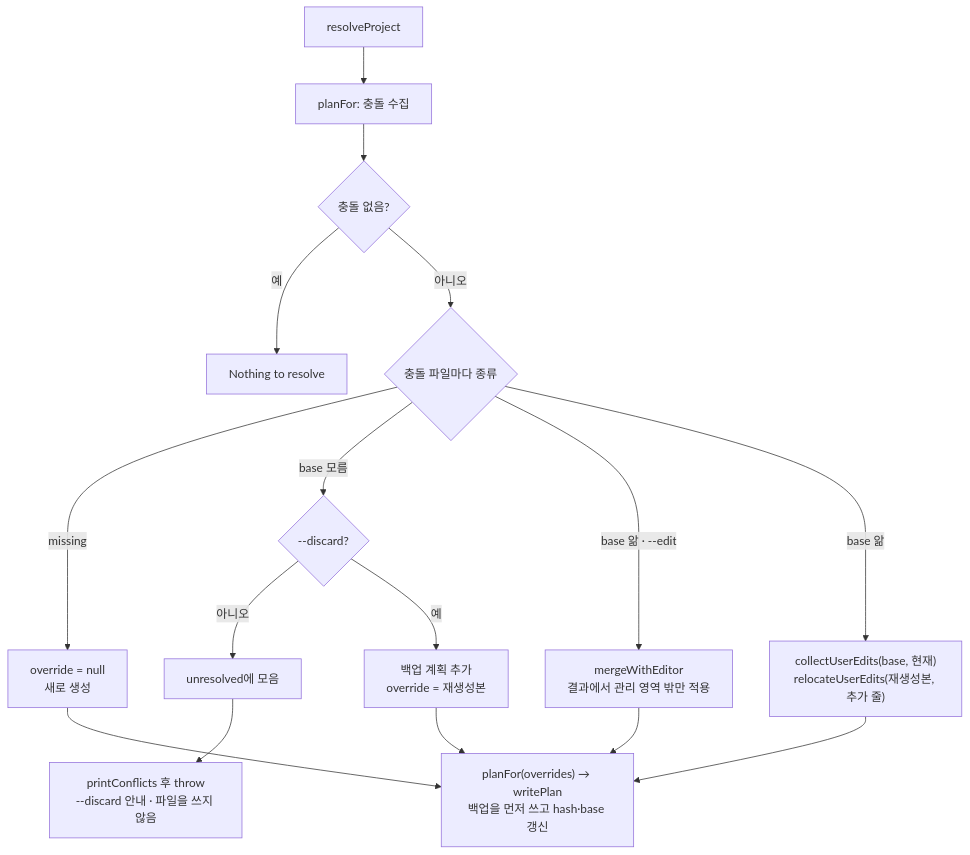
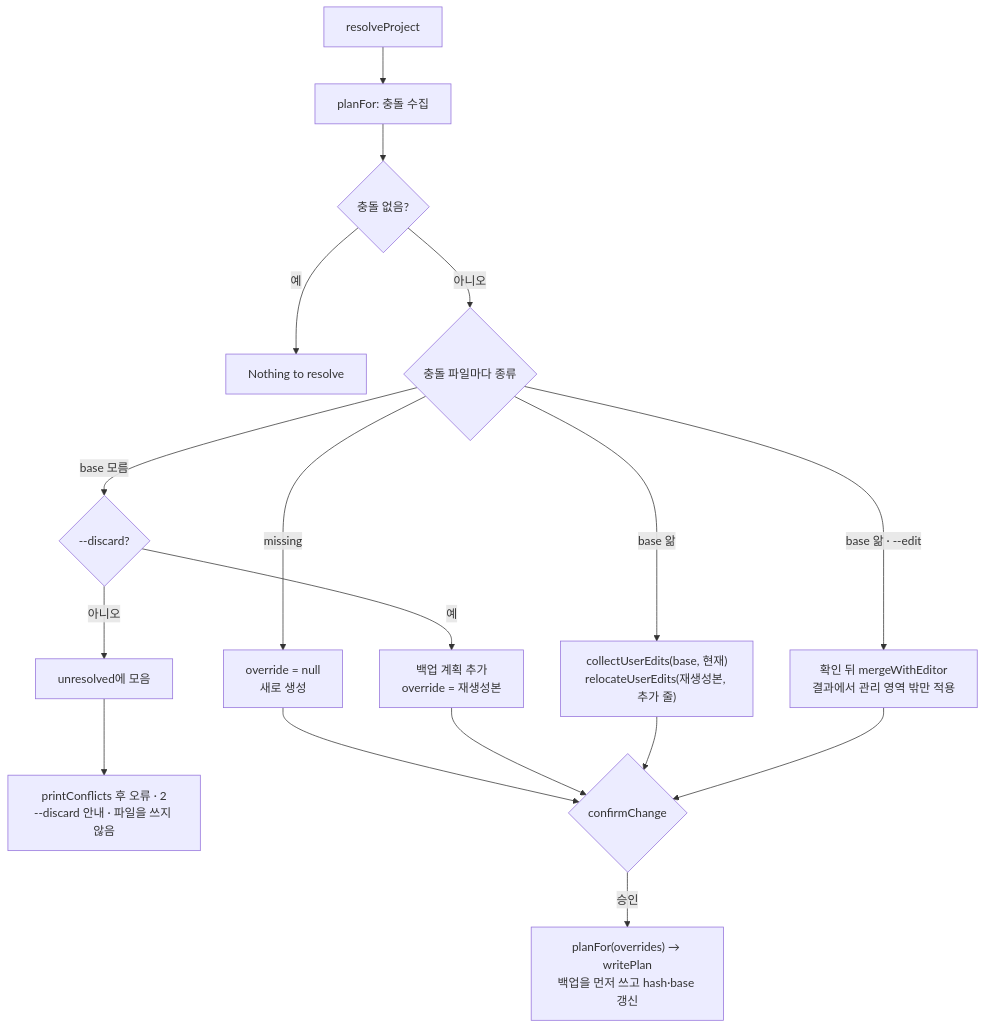
Before and after one commit to IsthisLee/agent-context-manager: the eighth of 11 diagrams in docs/architecture/implementation-mechanics.md, drawn with Mermaid. The commit also changed other lines of this file and 60 other files, not shown here.

````diff
--- a/docs/architecture/implementation-mechanics.md
+++ b/docs/architecture/implementation-mechanics.md
@@ -401,18 +470,19 @@
 ```mermaid
 flowchart TD
   R["resolveProject"] --> P["planFor: 충돌 수집"]
   P --> N{"충돌 없음?"}
   N -->|"예"| NOTHING["Nothing to resolve"]
   N -->|"아니오"| M{"충돌 파일마다 종류"}
   M -->|"missing"| RECREATE["override = null<br/>새로 생성"]
   M -->|"base 모름"| DISC{"--discard?"}
   DISC -->|"아니오"| UNRES["unresolved에 모음"]
   DISC -->|"예"| BK["백업 계획 추가<br/>override = 재생성본"]
-  M -->|"base 앎 · --edit"| ED["mergeWithEditor<br/>결과에서 관리 영역 밖만 적용"]
+  M -->|"base 앎 · --edit"| ED["확인 뒤 mergeWithEditor<br/>결과에서 관리 영역 밖만 적용"]
   M -->|"base 앎"| AUTO["collectUserEdits(base, 현재)<br/>relocateUserEdits(재생성본, 추가 줄)"]
-  UNRES --> THROW["printConflicts 후 throw<br/>--discard 안내 · 파일을 쓰지 않음"]
-  RECREATE --> WRITE["planFor(overrides) → writePlan<br/>백업을 먼저 쓰고 hash·base 갱신"]
-  BK --> WRITE
-  ED --> WRITE
-  AUTO --> WRITE
+  UNRES --> THROW["printConflicts 후 오류 · 2<br/>--discard 안내 · 파일을 쓰지 않음"]
+  RECREATE --> CONFIRM{"confirmChange"}
+  BK --> CONFIRM
+  AUTO --> CONFIRM
+  ED --> CONFIRM
+  CONFIRM -->|"승인"| WRITE["planFor(overrides) → writePlan<br/>백업을 먼저 쓰고 hash·base 갱신"]
 ```
````
